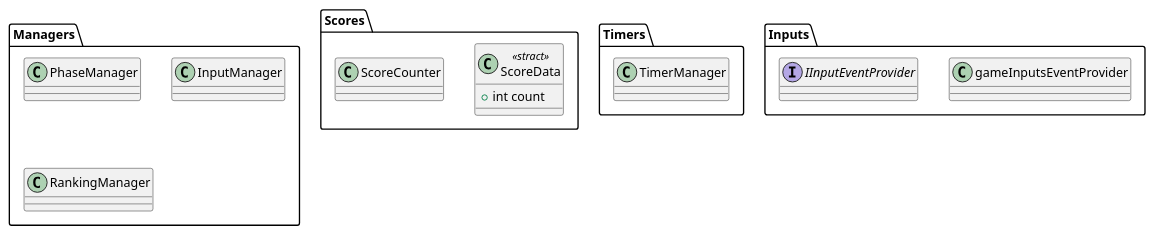
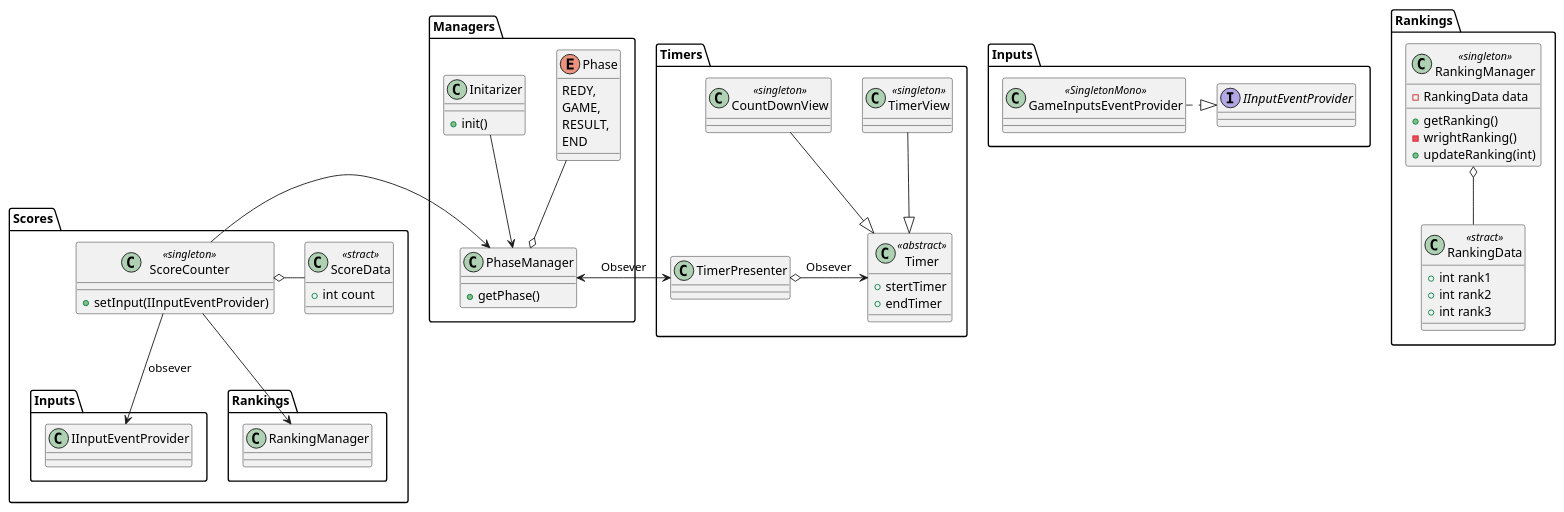
Before and after one commit to tezumozu/Games_Practice: the diagram in Script_Test/Test_SceneManage/仕様書類/GameClasses.pu, drawn with PlantUML. The commit also changed 1 other file, not shown here.

Commit message:
シーケンス図追加

```diff
--- a/Script_Test/Test_SceneManage/仕様書類/GameClasses.pu
+++ b/Script_Test/Test_SceneManage/仕様書類/GameClasses.pu
@@ -1,42 +1,96 @@
 @startuml GameSceneクラス図
 
-package Managers{
-    class PhaseManager{
-
+namespace Managers{
+    enum Phase{
+        REDY,
+        GAME,
+        RESULT,
+        END
     }
 
-    class InputManager{
-
+    class PhaseManager{
+        +getPhase()
     }
 
-    class RankingManager{
+    class Initarizer{
+        +init()
+    }
 
-    }
+    Phase --o PhaseManager
+    Initarizer --> PhaseManager
 }
 
-package Scores{
+
+namespace Scores{
     class ScoreData<<stract>>{
         +int count
     }
 
-    class ScoreCounter{
+    class ScoreCounter<<singleton>>{
+        +setInput(IInputEventProvider)
+    }
+
+    ScoreCounter --> Inputs.IInputEventProvider:obsever
+    ScoreData -left-o ScoreCounter
+
+    ScoreCounter --> Rankings.RankingManager
+    ScoreCounter -left-> Managers.PhaseManager
+}
+
+
+namespace Timers{
+    class TimerPresenter{
 
     }
+
+    class TimerView<<singleton>>{
+
+    }
+    class CountDownView<<singleton>>{
+
+    }
+
+    class Timer<<abstract>>{
+        +stertTimer
+        +endTimer
+    }
+
+    TimerView --|> Timer
+    CountDownView --|> Timer
+
+    TimerPresenter <-right-> Managers.PhaseManager:Obsever
+    TimerPresenter o-right-> Timer:Obsever
+
 }
 
-package Timers{
-    class TimerManager{
 
-    }
-}
-
-package Inputs{
-    class gameInputsEventProvider{
+namespace Inputs{
+    class GameInputsEventProvider<<SingletonMono>>{
 
     }
 
     interface IInputEventProvider{
     }
+
+    GameInputsEventProvider .right.|> IInputEventProvider
+}
+
+
+namespace Rankings{
+    class RankingManager <<singleton>>{
+        -RankingData data
+        +getRanking()
+        -wrightRanking()
+        +updateRanking(int)
+    }
+
+    class RankingData<<stract>>{
+        +int rank1
+        +int rank2
+        +int rank3
+    }
+
+    RankingManager o-- RankingData 
 }
 
 @enduml
```
